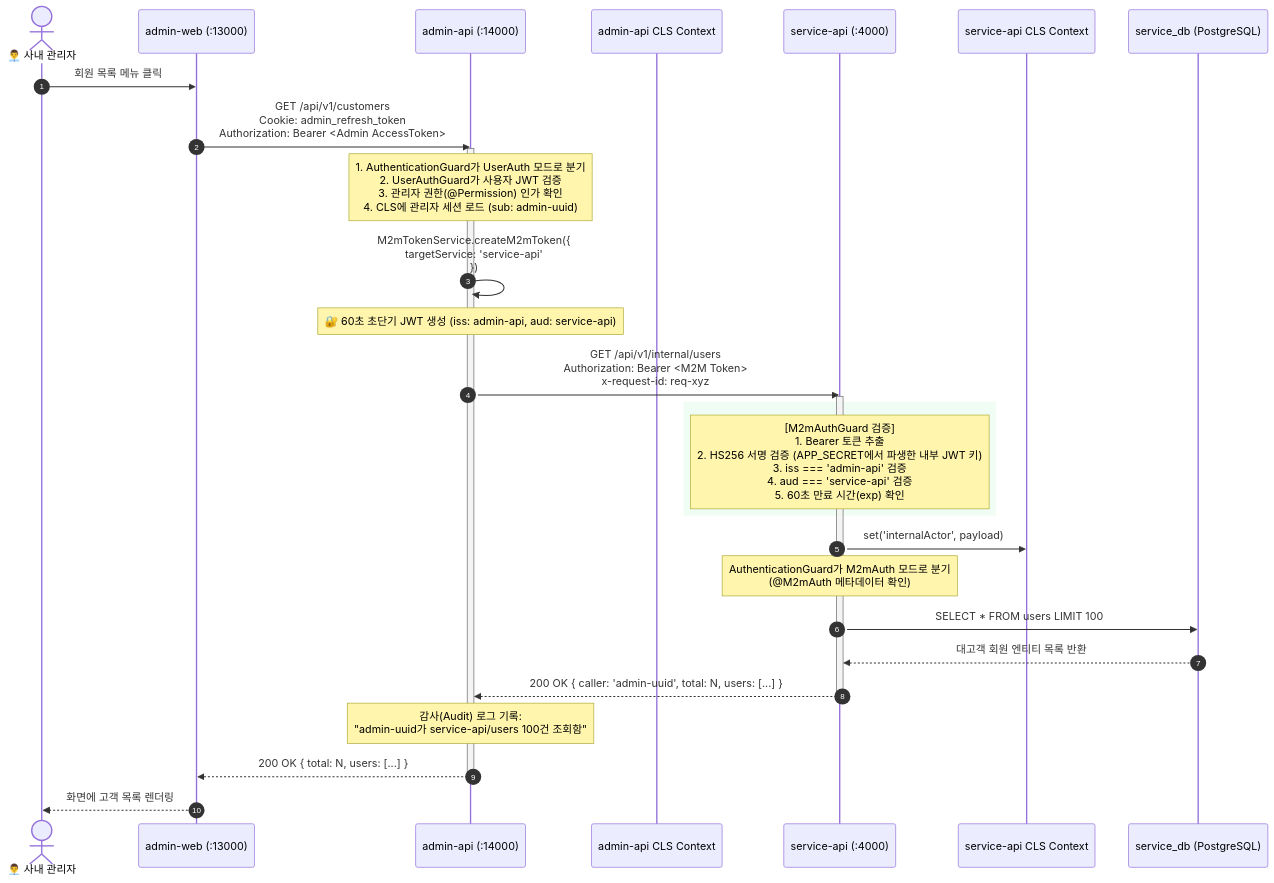
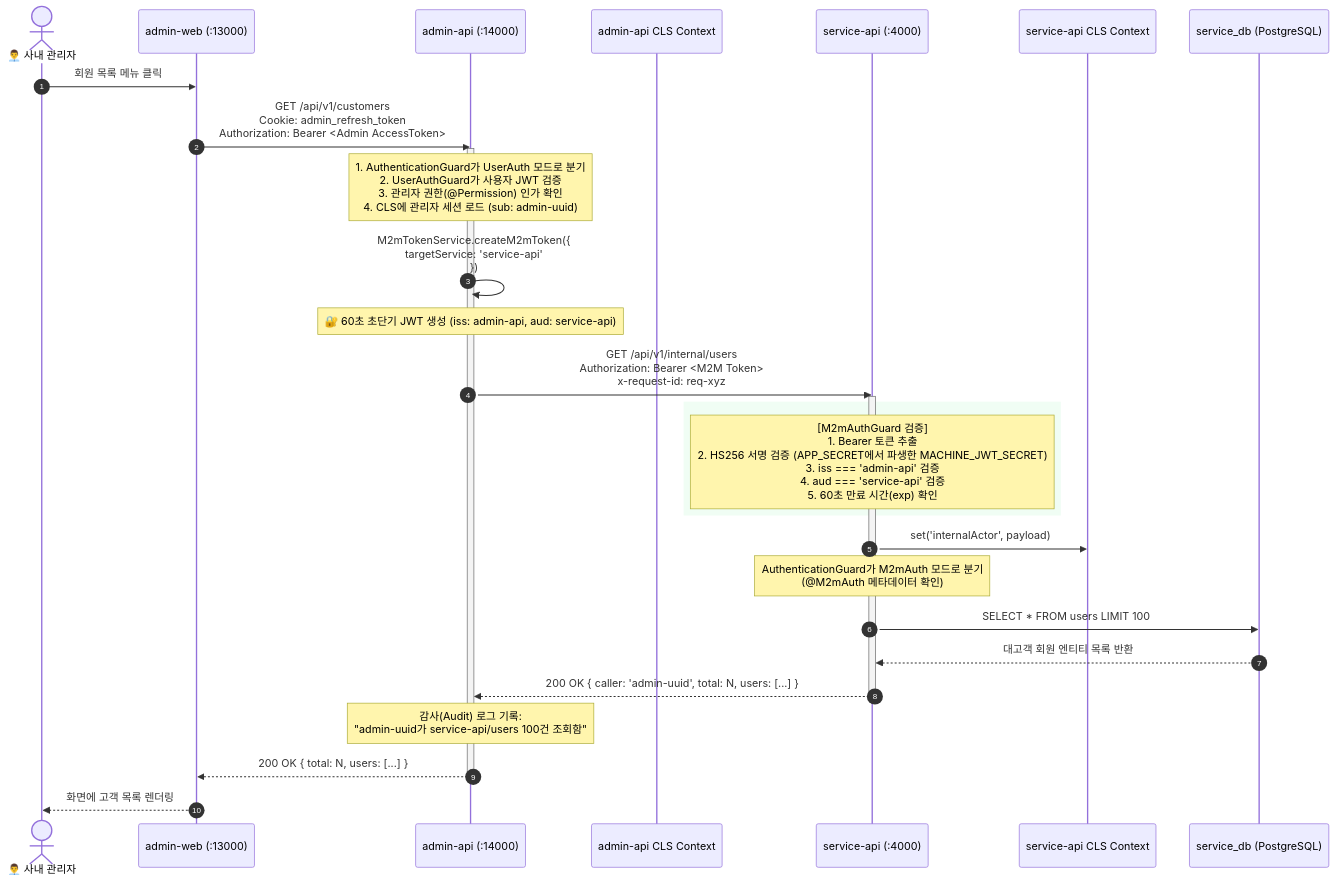
The third of 5 diagrams in docs/m2m-pipeline-architecture.md (JYK0128/web-framework-app), drawn with Mermaid before and after one commit. The commit also changed other lines of this file and 29 other files, not shown here.

````diff
--- a/docs/m2m-pipeline-architecture.md
+++ b/docs/m2m-pipeline-architecture.md
@@ -117,42 +117,42 @@
 ```mermaid
 sequenceDiagram
     autonumber
     actor Admin as 👨‍💼 사내 관리자
     participant AdminWeb as admin-web (:13000)
     participant AdminAPI as admin-api (:14000)
     participant ClsAdmin as admin-api CLS Context
     participant ServiceAPI as service-api (:4000)
     participant ClsService as service-api CLS Context
     participant ServiceDB as service_db (PostgreSQL)
 
     Admin->>AdminWeb: 회원 목록 메뉴 클릭
     AdminWeb->>AdminAPI: GET /api/v1/customers<br/>Cookie: admin_refresh_token<br/>Authorization: Bearer <Admin AccessToken>
 
     activate AdminAPI
     Note over AdminAPI: 1. AuthenticationGuard가 UserAuth 모드로 분기<br/>2. UserAuthGuard가 사용자 JWT 검증<br/>3. 관리자 권한(@Permission) 인가 확인<br/>4. CLS에 관리자 세션 로드 (sub: admin-uuid)
 
     AdminAPI->>AdminAPI: M2mTokenService.createM2mToken({<br/>  targetService: 'service-api'<br/>})
     Note over AdminAPI: 🔐 60초 초단기 JWT 생성 (iss: admin-api, aud: service-api)
 
     AdminAPI->>ServiceAPI: GET /api/v1/internal/users<br/>Authorization: Bearer <M2M Token><br/>x-request-id: req-xyz
     
     activate ServiceAPI
     rect rgb(240, 253, 244)
-    Note over ServiceAPI: [M2mAuthGuard 검증]<br/>1. Bearer 토큰 추출<br/>2. HS256 서명 검증 (APP_SECRET에서 파생한 내부 JWT 키)<br/>3. iss === 'admin-api' 검증<br/>4. aud === 'service-api' 검증<br/>5. 60초 만료 시간(exp) 확인
+    Note over ServiceAPI: [M2mAuthGuard 검증]<br/>1. Bearer 토큰 추출<br/>2. HS256 서명 검증 (APP_SECRET에서 파생한 MACHINE_JWT_SECRET)<br/>3. iss === 'admin-api' 검증<br/>4. aud === 'service-api' 검증<br/>5. 60초 만료 시간(exp) 확인
     end
 
     ServiceAPI->>ClsService: set('internalActor', payload)
     Note over ServiceAPI: AuthenticationGuard가 M2mAuth 모드로 분기<br/>(@M2mAuth 메타데이터 확인)
 
     ServiceAPI->>ServiceDB: SELECT * FROM users LIMIT 100
     ServiceDB-->>ServiceAPI: 대고객 회원 엔티티 목록 반환
 
     ServiceAPI-->>AdminAPI: 200 OK { caller: 'admin-uuid', total: N, users: [...] }
     deactivate ServiceAPI
 
     Note over AdminAPI: 감사(Audit) 로그 기록:<br/>"admin-uuid가 service-api/users 100건 조회함"
     AdminAPI-->>AdminWeb: 200 OK { total: N, users: [...] }
     deactivate AdminAPI
 
     AdminWeb-->>Admin: 화면에 고객 목록 렌더링
 ```
````
